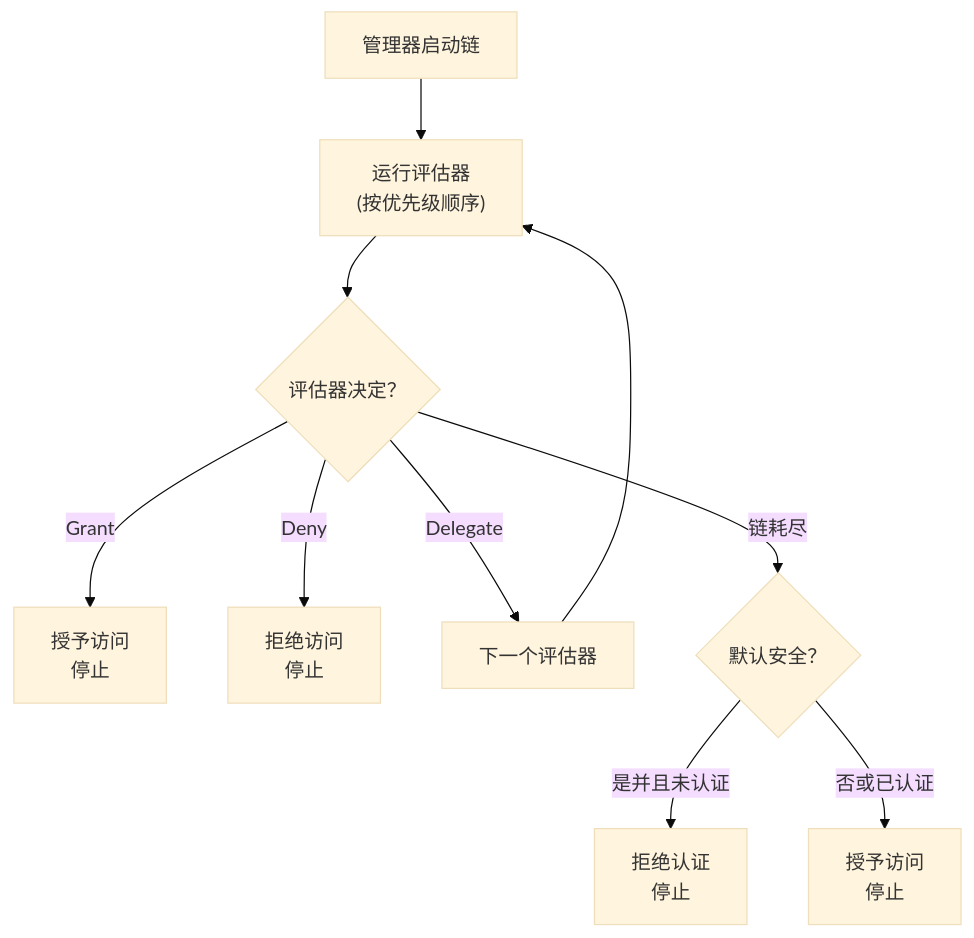
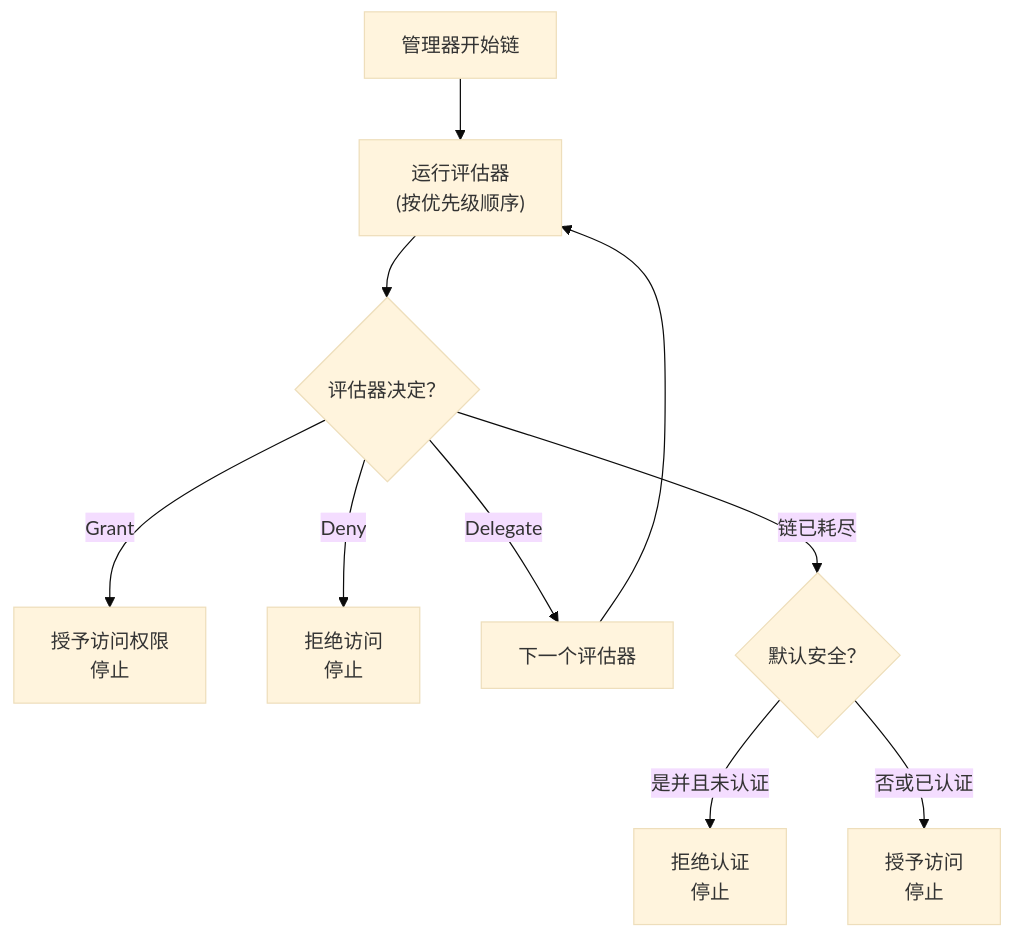
The diagram in docs/i18n/zh/docusaurus-plugin-content-docs/current/security/architecture/evaluator-chain.md (webforj/webforj-documentation), drawn with Mermaid (base theme) before and after one commit. The commit also changed other lines of this file and 11 other files, not shown here.

````diff
--- a/docs/i18n/zh/docusaurus-plugin-content-docs/current/security/architecture/evaluator-chain.md
+++ b/docs/i18n/zh/docusaurus-plugin-content-docs/current/security/architecture/evaluator-chain.md
@@ -45,15 +45,15 @@
 ```mermaid
 flowchart TD
-    Start["管理器启动链"] --> Eval["运行评估器<br/>(按优先级顺序)"]
+    Start["管理器开始链"] --> Eval["运行评估器<br/>(按优先级顺序)"]
 
     Eval --> Check{"评估器决定？"}
-    Check -->|Grant| Grant["授予访问<br/>停止"]
+    Check -->|Grant| Grant["授予访问权限<br/>停止"]
     Check -->|Deny| Deny["拒绝访问<br/>停止"]
     Check -->|Delegate| Next["下一个评估器"]
 
     Next --> Eval
 
-    Check -->|链耗尽| Default{"默认安全？"}
+    Check -->|链已耗尽| Default{"默认安全？"}
     Default -->|是并且未认证| DenyDefault["拒绝认证<br/>停止"]
     Default -->|否或已认证| GrantDefault["授予访问<br/>停止"]
 ```
````
